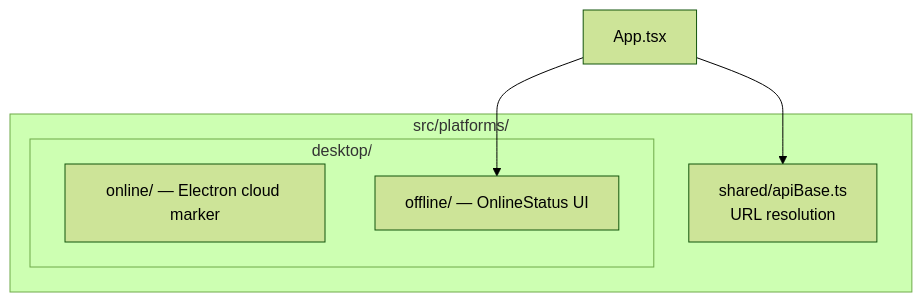
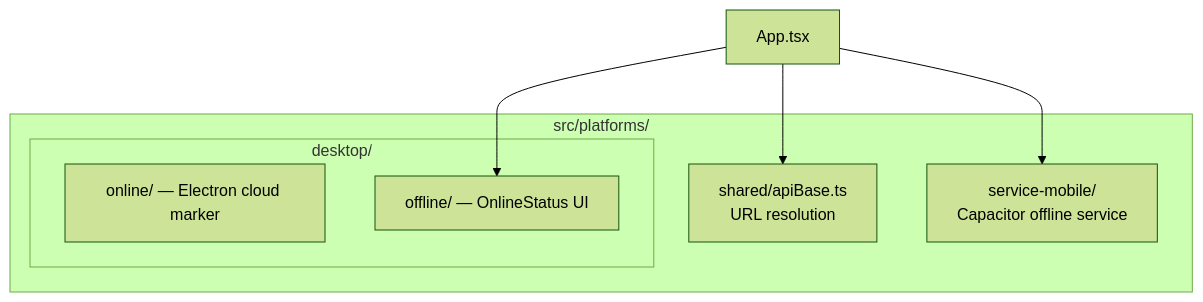
One commit to prathame/DG-ERP changed the diagram in engineering-academy/docs/frontend/platforms.md. Above: the diagram before and after it, drawn with Mermaid (forest theme). The commit also changed other lines of this file and 117 other files, not shown here.

First line of the commit message:
feat: Service Mobile offline phone app (service type only)

````diff
--- a/engineering-academy/docs/frontend/platforms.md
+++ b/engineering-academy/docs/frontend/platforms.md
@@ -9,12 +9,14 @@
 ```mermaid
 graph TD
     subgraph "src/platforms/"
         Shared[shared/apiBase.ts<br/>URL resolution]
         subgraph "desktop/"
             DOnline[online/ — Electron cloud marker]
             DOffline[offline/ — OnlineStatus UI]
         end
+        SM[service-mobile/<br/>Capacitor offline service]
     end
     App[App.tsx] --> Shared
     App --> DOffline
+    App --> SM
 ```
````
